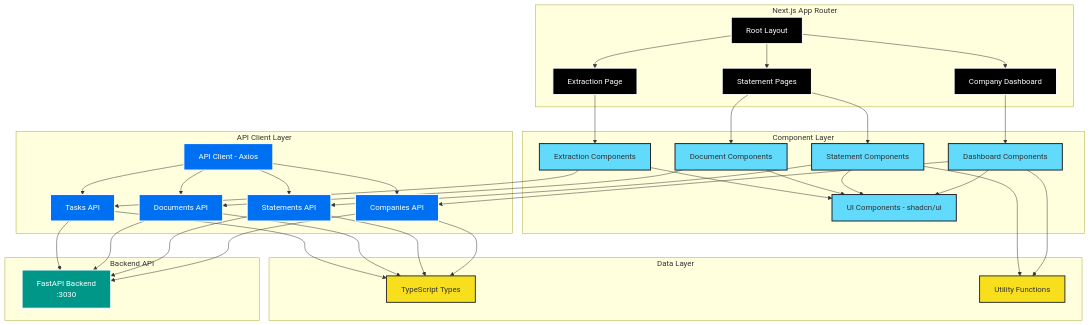
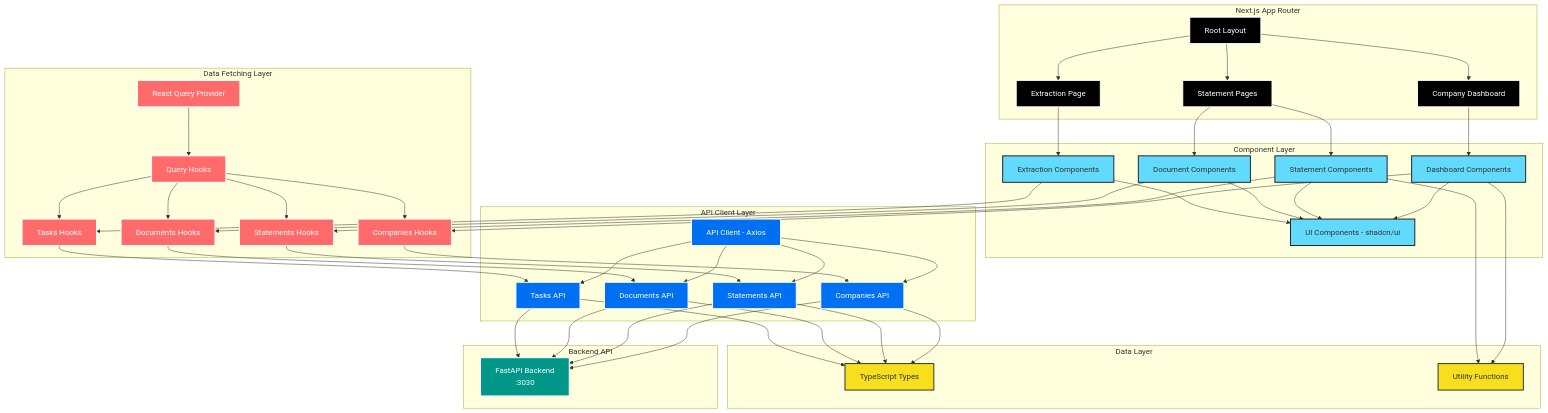
Before and after one commit to PatrykQuantumNomad/financial-data-extractor: the diagram in docs/frontend-architecture.md, drawn with Mermaid. The commit also changed other lines of this file and 41 other files, not shown here.

Commit message:
Update frontend to use React Query, fixed backend endpoints

````diff
--- a/docs/frontend-architecture.md
+++ b/docs/frontend-architecture.md
@@ -68,51 +69,71 @@
         H --> I
     end
 
+    subgraph "Data Fetching Layer"
+        J[React Query Provider]
+        K[Query Hooks]
+        L[Companies Hooks]
+        M[Statements Hooks]
+        N[Documents Hooks]
+        O[Tasks Hooks]
+        J --> K
+        K --> L
+        K --> M
+        K --> N
+        K --> O
+    end
+
     subgraph "API Client Layer"
-        J[API Client - Axios]
-        K[Companies API]
-        L[Statements API]
-        M[Documents API]
-        N[Tasks API]
-        J --> K
-        J --> L
-        J --> M
-        J --> N
+        P[API Client - Axios]
+        Q[Companies API]
+        R[Statements API]
+        S[Documents API]
+        T[Tasks API]
+        P --> Q
+        P --> R
+        P --> S
+        P --> T
     end
 
     subgraph "Backend API"
-        O[FastAPI Backend<br/>:3030]
+        U[FastAPI Backend<br/>:3030]
     end
 
     subgraph "Data Layer"
-        P[TypeScript Types]
-        Q[Utility Functions]
+        V[TypeScript Types]
+        W[Utility Functions]
     end
 
-    E --> K
-    F --> L
-    G --> M
-    H --> N
-    K --> O
-    L --> O
-    M --> O
-    N --> O
-    K --> P
-    L --> P
-    M --> P
-    N --> P
-    E --> Q
-    F --> Q
+    E --> L
+    F --> M
+    G --> N
+    H --> O
+    L --> Q
+    M --> R
+    N --> S
+    O --> T
+    Q --> U
+    R --> U
+    S --> U
+    T --> U
+    Q --> V
+    R --> V
+    S --> V
+    T --> V
+    E --> W
+    F --> W
 
     classDef nextjs fill:#000000,stroke:#fff,stroke-width:2px,color:#fff
     classDef component fill:#61dafb,stroke:#20232a,stroke-width:2px
+    classDef datafetching fill:#ff6b6b,stroke:#fff,stroke-width:2px,color:#fff
     classDef api fill:#0070f3,stroke:#fff,stroke-width:2px,color:#fff
     classDef backend fill:#009688,stroke:#fff,stroke-width:2px,color:#fff
     classDef data fill:#f7df1e,stroke:#323330,stroke-width:2px
 
     class A,B,C,D nextjs
     class E,F,G,H,I component
-    class J,K,L,M,N api
-    class O backend
-    class P,Q data
+    class J,K,L,M,N,O datafetching
+    class P,Q,R,S,T api
+    class U backend
+    class V,W data
 ```
````
